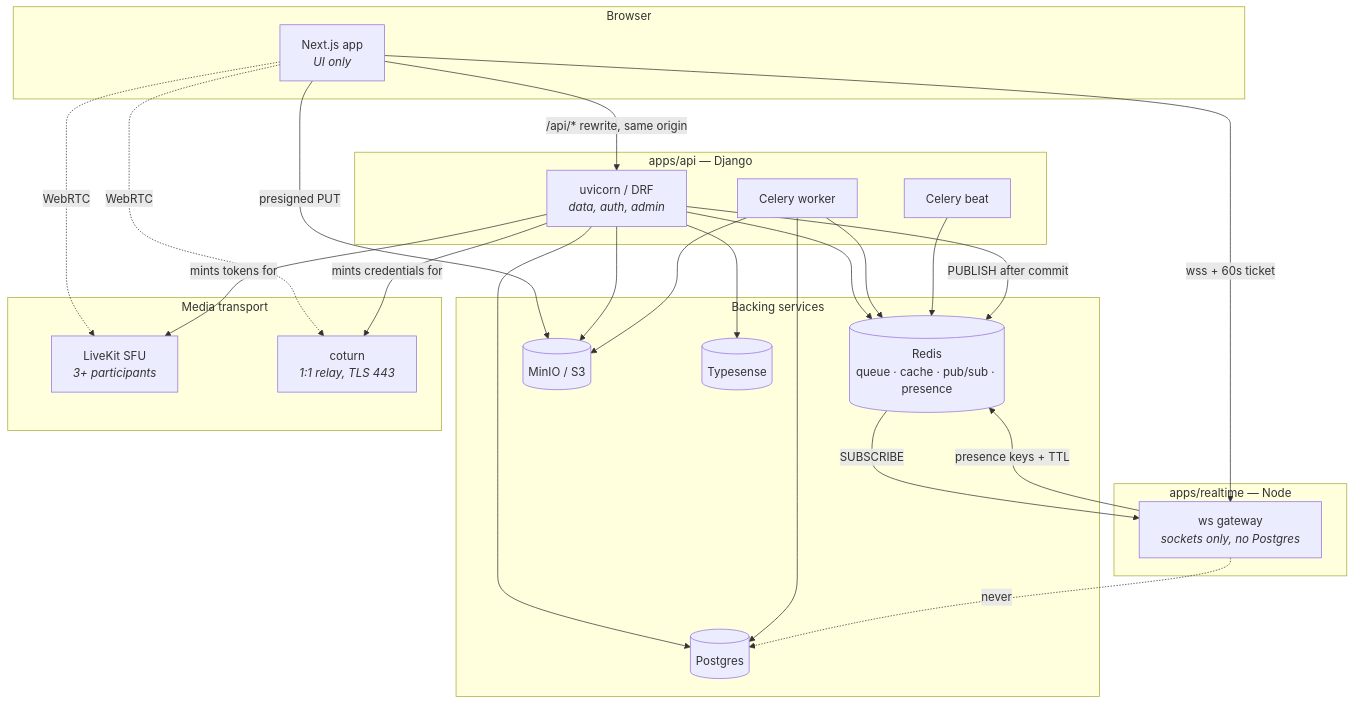
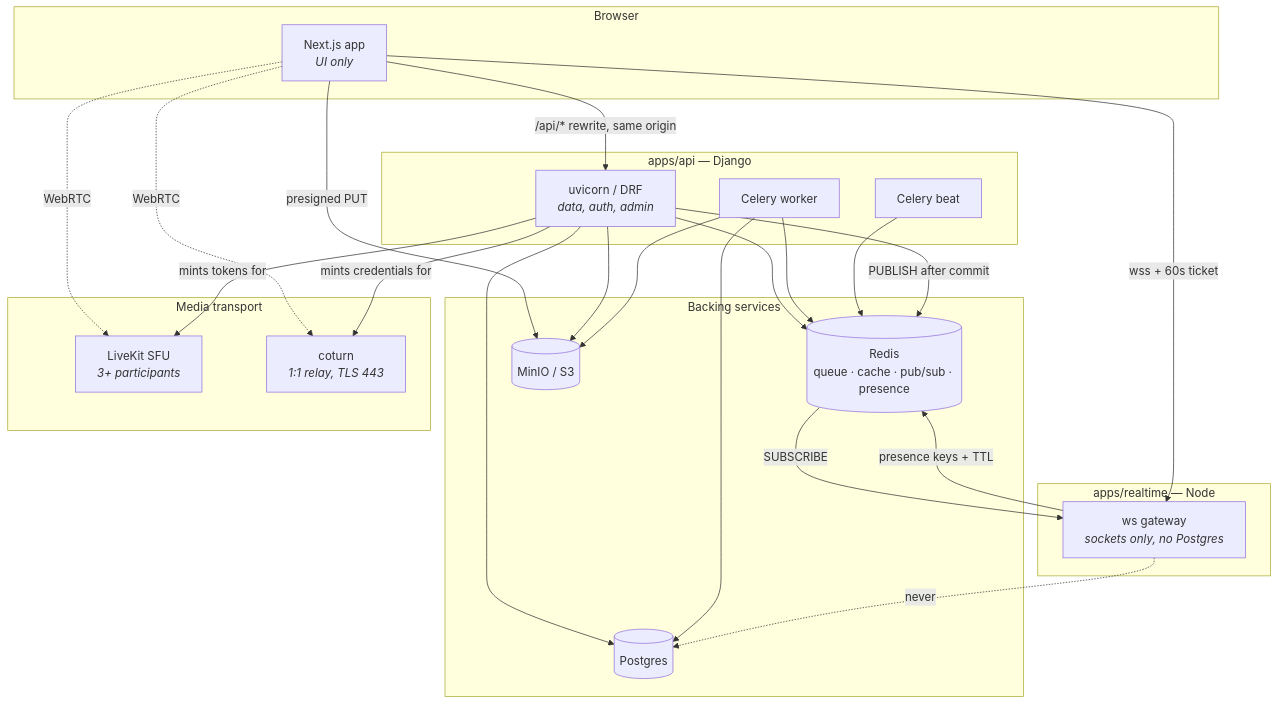
Before and after one commit to abdelrahman18036/Aperture: the first of 2 diagrams in 01-ARCHITECTURE.md, drawn with Mermaid. The commit also changed other lines of this file and 85 other files, not shown here.

````diff
--- a/01-ARCHITECTURE.md
+++ b/01-ARCHITECTURE.md
@@ -77,52 +77,50 @@
 ```mermaid
 flowchart TB
     subgraph browser["Browser"]
         WEB["Next.js app<br/><i>UI only</i>"]
     end
 
     subgraph node["apps/realtime — Node"]
         GW["ws gateway<br/><i>sockets only, no Postgres</i>"]
     end
 
     subgraph python["apps/api — Django"]
         API["uvicorn / DRF<br/><i>data, auth, admin</i>"]
         WORKER["Celery worker"]
         BEAT["Celery beat"]
     end
 
     subgraph backing["Backing services"]
         PG[("Postgres")]
         REDIS[("Redis<br/>queue · cache · pub/sub · presence")]
         S3[("MinIO / S3")]
-        TS[("Typesense")]
     end
 
     subgraph media["Media transport"]
         LK["LiveKit SFU<br/><i>3+ participants</i>"]
         TURN["coturn<br/><i>1:1 relay, TLS 443</i>"]
     end
 
     WEB -->|"/api/* rewrite, same origin"| API
     WEB -->|"wss + 60s ticket"| GW
     WEB -->|"presigned PUT"| S3
     WEB -.->|"WebRTC"| TURN
     WEB -.->|"WebRTC"| LK
 
     API --> PG
     API --> REDIS
     API --> S3
-    API --> TS
     API -->|"mints tokens for"| LK
     API -->|"mints credentials for"| TURN
 
     WORKER --> PG
     WORKER --> REDIS
     WORKER --> S3
     BEAT --> REDIS
 
     API -->|"PUBLISH after commit"| REDIS
     REDIS -->|"SUBSCRIBE"| GW
     GW -->|"presence keys + TTL"| REDIS
 
     GW -.->|"never"| PG
 ```
````
